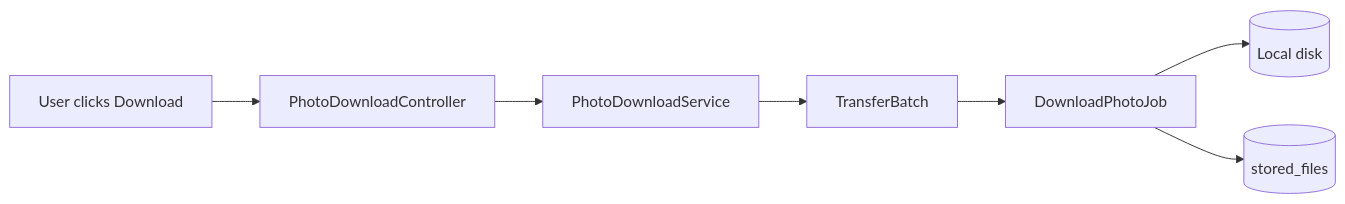
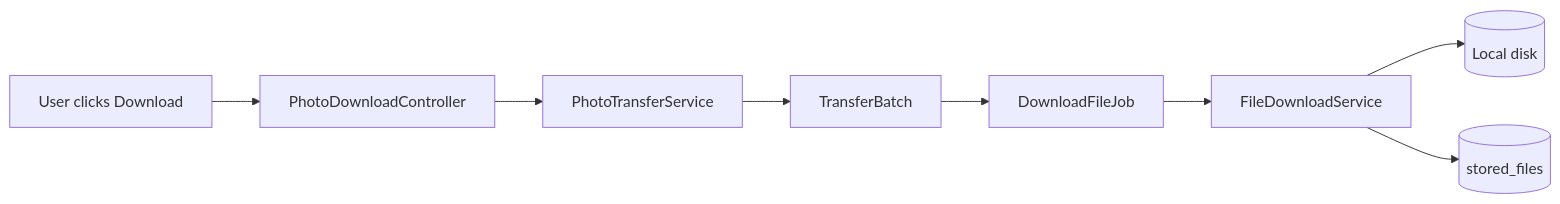
Before and after one commit to jooservices/XFlickr: the second of 3 diagrams in docs/00-architecture/data-flow.md, drawn with Mermaid. The commit also changed other lines of this file and 11 other files, not shown here.

````diff
--- a/docs/00-architecture/data-flow.md
+++ b/docs/00-architecture/data-flow.md
@@ -27,9 +27,10 @@
 ```mermaid
 flowchart LR
   User[User clicks Download] --> DLController[PhotoDownloadController]
-  DLController --> DLService[PhotoDownloadService]
+  DLController --> DLService[PhotoTransferService]
   DLService --> Batch[TransferBatch]
-  Batch --> DLJob[DownloadPhotoJob]
-  DLJob --> Disk[(Local disk)]
-  DLJob --> StoredFiles[(stored_files)]
+  Batch --> DLJob[DownloadFileJob]
+  DLJob --> DLExec[FileDownloadService]
+  DLExec --> Disk[(Local disk)]
+  DLExec --> StoredFiles[(stored_files)]
 ```
````
